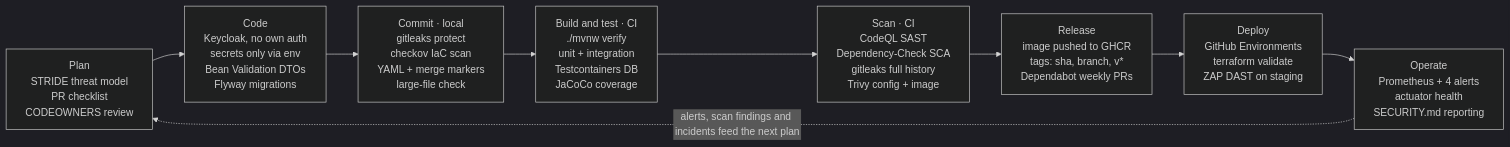
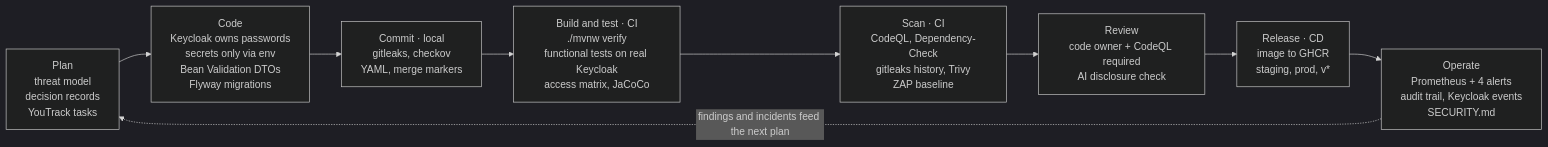
The fourth of 5 diagrams in docs/ARCHITECTURE.md (assali-mohamed-ali/api-MedLink), drawn with Mermaid (dark theme) before and after one commit. The commit also changed other lines of this file and 2 other files, not shown here.

First line of the commit message:
docs: architecture and threat model match the password-grant BFF

````diff
--- a/docs/ARCHITECTURE.md
+++ b/docs/ARCHITECTURE.md
@@ -193,13 +213,13 @@
 ```mermaid
 flowchart LR
-  PLAN["Plan<br/>STRIDE threat model<br/>PR checklist<br/>CODEOWNERS review"]
-  CODE["Code<br/>Keycloak, no own auth<br/>secrets only via env<br/>Bean Validation DTOs<br/>Flyway migrations"]
-  COMMIT["Commit · local<br/>gitleaks protect<br/>checkov IaC scan<br/>YAML + merge markers<br/>large-file check"]
-  BUILD["Build and test · CI<br/>./mvnw verify<br/>unit + integration<br/>Testcontainers DB<br/>JaCoCo coverage"]
-  SCAN["Scan · CI<br/>CodeQL SAST<br/>Dependency-Check SCA<br/>gitleaks full history<br/>Trivy config + image"]
-  REL["Release<br/>image pushed to GHCR<br/>tags: sha, branch, v*<br/>Dependabot weekly PRs"]
-  DEP["Deploy<br/>GitHub Environments<br/>terraform validate<br/>ZAP DAST on staging"]
-  OPS["Operate<br/>Prometheus + 4 alerts<br/>actuator health<br/>SECURITY.md reporting"]
-  PLAN --> CODE --> COMMIT --> BUILD --> SCAN --> REL --> DEP --> OPS
-  OPS -. "alerts, scan findings and incidents feed the next plan" .-> PLAN
+  PLAN["Plan<br/>threat model<br/>decision records<br/>YouTrack tasks"]
+  CODE["Code<br/>Keycloak owns passwords<br/>secrets only via env<br/>Bean Validation DTOs<br/>Flyway migrations"]
+  COMMIT["Commit · local<br/>gitleaks, checkov<br/>YAML, merge markers"]
+  BUILD["Build and test · CI<br/>./mvnw verify<br/>functional tests on real Keycloak<br/>access matrix, JaCoCo"]
+  SCAN["Scan · CI<br/>CodeQL, Dependency-Check<br/>gitleaks history, Trivy<br/>ZAP baseline"]
+  REVIEW["Review<br/>code owner + CodeQL required<br/>AI disclosure check"]
+  REL["Release · CD<br/>image to GHCR<br/>staging, prod, v*"]
+  OPS["Operate<br/>Prometheus + 4 alerts<br/>audit trail, Keycloak events<br/>SECURITY.md"]
+  PLAN --> CODE --> COMMIT --> BUILD --> SCAN --> REVIEW --> REL --> OPS
+  OPS -. "findings and incidents feed the next plan" .-> PLAN
 ```
````
